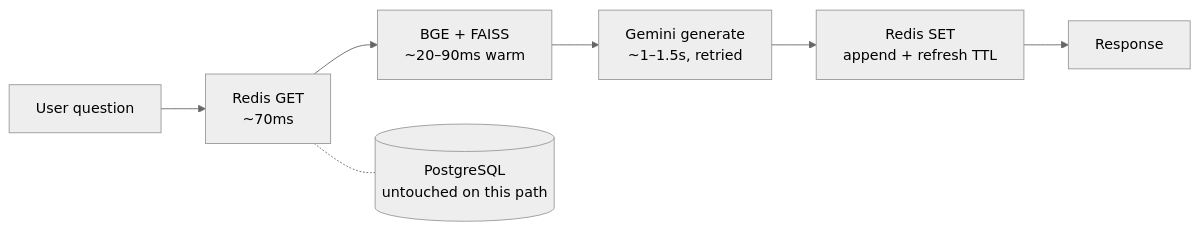
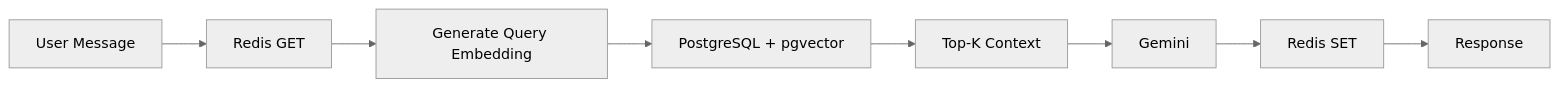
One commit to probin-dhakal/call-e-chatbot changed the sixth of 6 diagrams in README.md. Above: the diagram before and after it, drawn with Mermaid (neutral theme). The commit also changed other lines of this file and 3 other files, not shown here.

````diff
--- a/README.md
+++ b/README.md
@@ -239,11 +1045,18 @@
 ```mermaid
-graph LR
-    A[User question] --> B["Redis GET<br/>~70ms"]
-    B --> C["BGE + FAISS<br/>~20–90ms warm"]
-    C --> D["Gemini generate<br/>~1–1.5s, retried"]
-    D --> E["Redis SET<br/>append + refresh TTL"]
-    E --> F[Response]
+flowchart LR
 
-    G[("PostgreSQL<br/>untouched on this path")]
-    B -.- G
+    A["User Message"]
+        --> B["Redis GET"]
+
+    B --> C["Generate Query Embedding"]
+
+    C --> D["PostgreSQL + pgvector"]
+
+    D --> E["Top-K Context"]
+
+    E --> F["Gemini"]
+
+    F --> G["Redis SET"]
+
+    G --> H["Response"]
 ```
````
